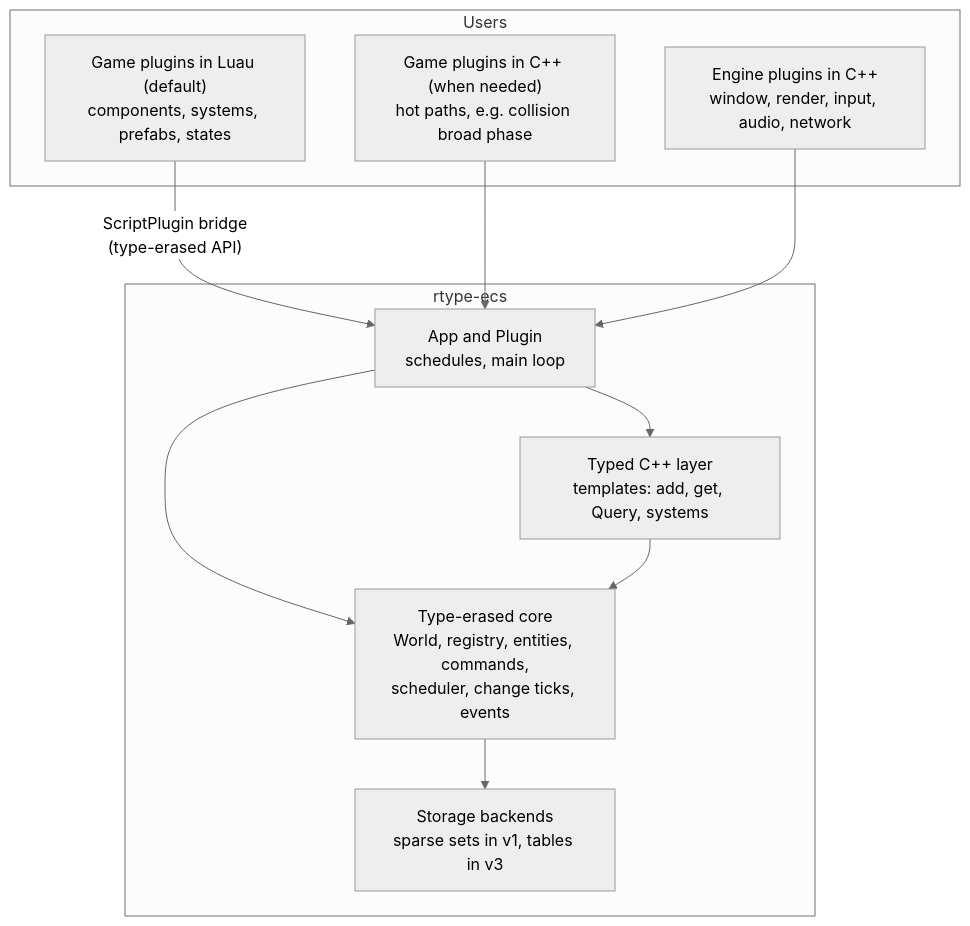
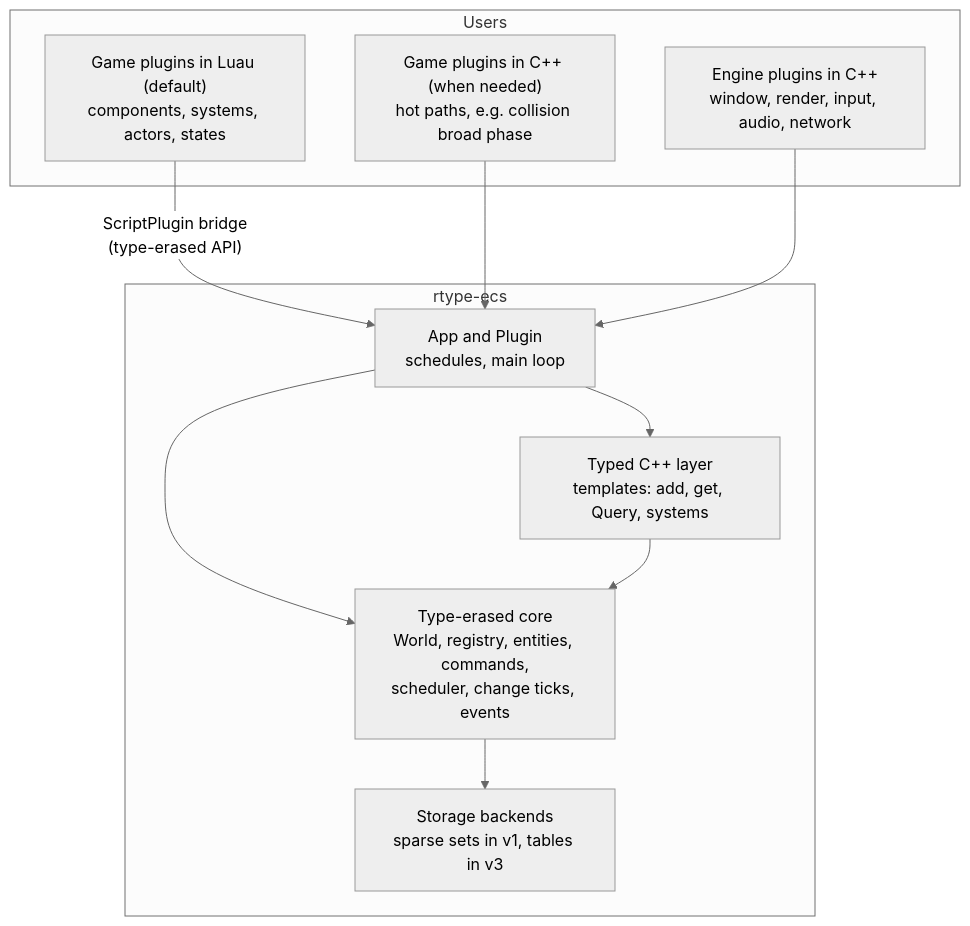
The first of 13 diagrams in docs/ecs/design.md (Charles-Mahoudeau/rtype), drawn with Mermaid (neutral theme) before and after one commit. The commit also changed other lines of this file and 11 other files, not shown here.

Commit message:
docs(ecs): call prefabs actors

````diff
--- a/docs/ecs/design.md
+++ b/docs/ecs/design.md
@@ -82,21 +82,21 @@
 ```mermaid
 flowchart TB
     subgraph users ["Users"]
-        luauGame["Game plugins in Luau (default)<br/>components, systems, prefabs, states"]
+        luauGame["Game plugins in Luau (default)<br/>components, systems, actors, states"]
         cppGame["Game plugins in C++ (when needed)<br/>hot paths, e.g. collision broad phase"]
         enginePlugins["Engine plugins in C++<br/>window, render, input, audio, network"]
     end
     subgraph ecs ["rtype-ecs"]
         app["App and Plugin<br/>schedules, main loop"]
         typed["Typed C++ layer<br/>templates: add, get, Query, systems"]
         core["Type-erased core<br/>World, registry, entities, commands,<br/>scheduler, change ticks, events"]
         storage["Storage backends<br/>sparse sets in v1, tables in v3"]
     end
     luauGame -- "ScriptPlugin bridge<br/>(type-erased API)" --> app
     cppGame --> app
     enginePlugins --> app
     app --> typed
     app --> core
     typed --> core
     core --> storage
 ```
````
